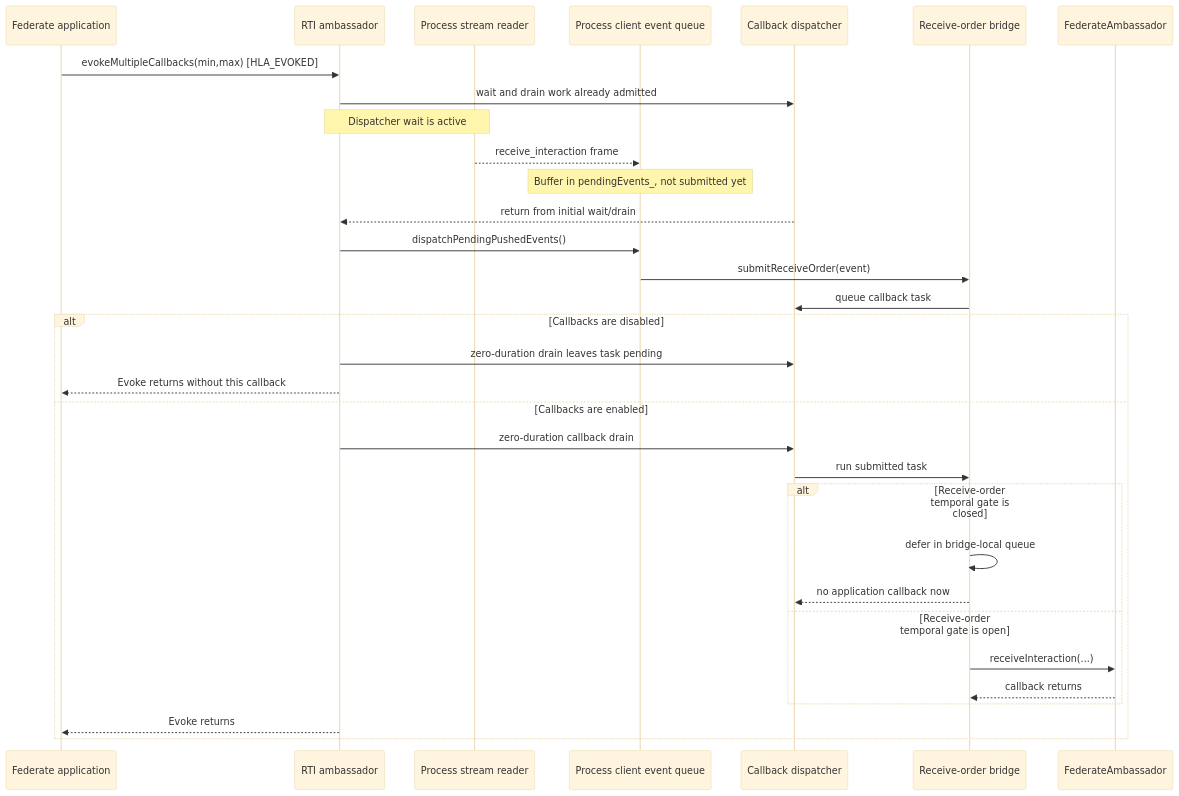
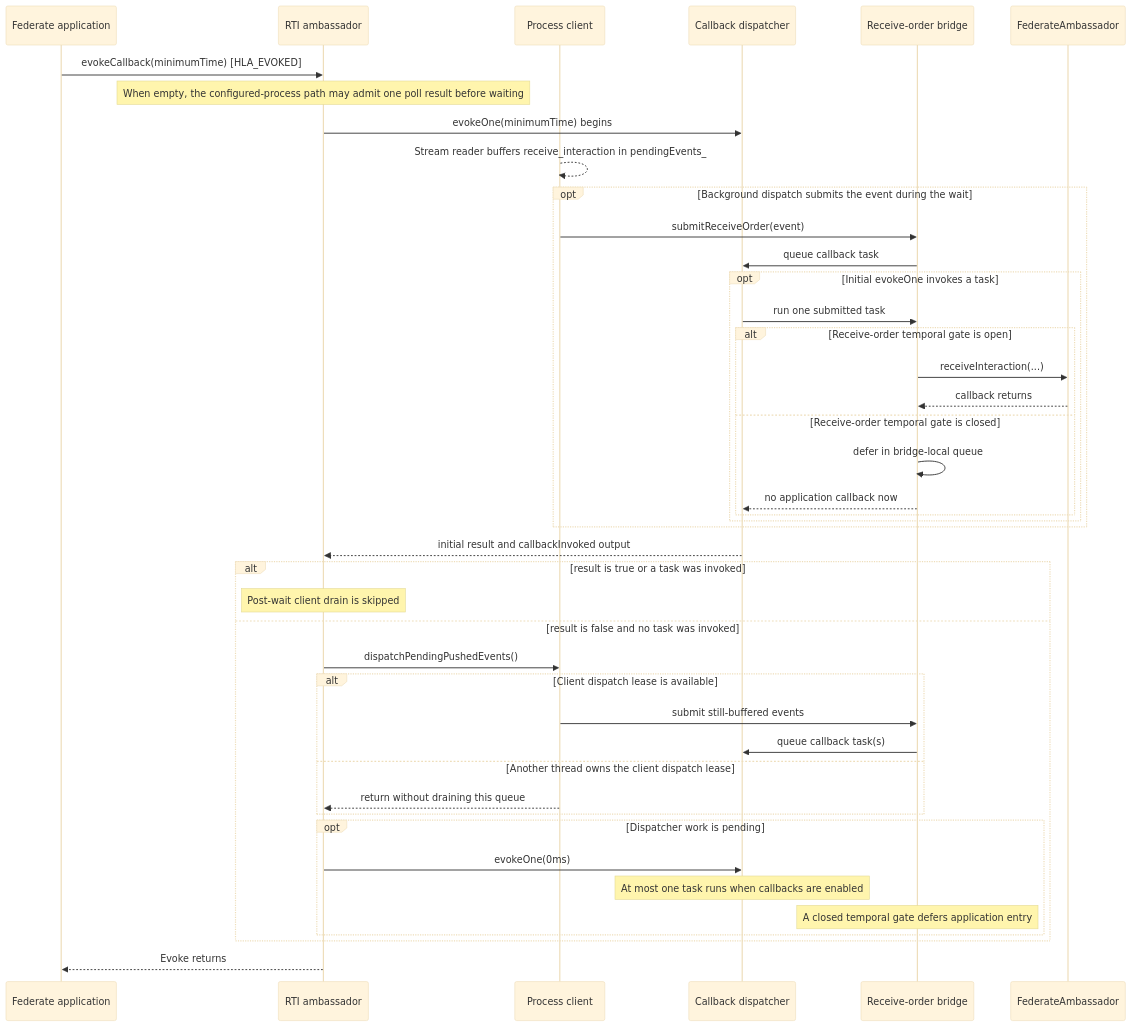
One commit to sheepfling/umbra changed the fifth of 26 diagrams in docs/design/HLA-2025-CALLBACK-AND-SERVICE-ORDERING-FLOW-GUIDE.md. Above: the diagram before and after it, drawn with Mermaid (base theme). The commit also changed other lines of this file and 36 other files, not shown here.

````diff
--- a/docs/design/HLA-2025-CALLBACK-AND-SERVICE-ORDERING-FLOW-GUIDE.md
+++ b/docs/design/HLA-2025-CALLBACK-AND-SERVICE-ORDERING-FLOW-GUIDE.md
@@ -301,35 +313,46 @@
 ```mermaid
 sequenceDiagram
   participant App as Federate application
   participant RTI as RTI ambassador
-  participant Reader as Process stream reader
-  participant Client as Process client event queue
+  participant Client as Process client
   participant Dispatcher as Callback dispatcher
   participant Bridge as Receive-order bridge
   participant FA as FederateAmbassador
 
-  App->>RTI: evokeMultipleCallbacks(min,max) [HLA_EVOKED]
-  RTI->>Dispatcher: wait and drain work already admitted
-  Note over RTI,Reader: Dispatcher wait is active
-  Reader-->>Client: receive_interaction frame
-  Note over Client: Buffer in pendingEvents_, not submitted yet
-  Dispatcher-->>RTI: return from initial wait/drain
-  RTI->>Client: dispatchPendingPushedEvents()
-  Client->>Bridge: submitReceiveOrder(event)
-  Bridge->>Dispatcher: queue callback task
-  alt Callbacks are disabled
-    RTI->>Dispatcher: zero-duration drain leaves task pending
-    RTI-->>App: Evoke returns without this callback
-  else Callbacks are enabled
-    RTI->>Dispatcher: zero-duration callback drain
-    Dispatcher->>Bridge: run submitted task
-    alt Receive-order temporal gate is closed
-      Bridge->>Bridge: defer in bridge-local queue
-      Bridge-->>Dispatcher: no application callback now
-    else Receive-order temporal gate is open
-      Bridge->>FA: receiveInteraction(...)
-      FA-->>Bridge: callback returns
+  App->>RTI: evokeCallback(minimumTime) [HLA_EVOKED]
+  Note over RTI: When empty, the configured-process path may admit one poll result before waiting
+  RTI->>Dispatcher: evokeOne(minimumTime) begins
+  Client-->>Client: Stream reader buffers receive_interaction in pendingEvents_
+  opt Background dispatch submits the event during the wait
+    Client->>Bridge: submitReceiveOrder(event)
+    Bridge->>Dispatcher: queue callback task
+    opt Initial evokeOne invokes a task
+      Dispatcher->>Bridge: run one submitted task
+      alt Receive-order temporal gate is open
+        Bridge->>FA: receiveInteraction(...)
+        FA-->>Bridge: callback returns
+      else Receive-order temporal gate is closed
+        Bridge->>Bridge: defer in bridge-local queue
+        Bridge-->>Dispatcher: no application callback now
+      end
     end
-    RTI-->>App: Evoke returns
   end
+  Dispatcher-->>RTI: initial result and callbackInvoked output
+  alt result is true or a task was invoked
+    Note over RTI: Post-wait client drain is skipped
+  else result is false and no task was invoked
+    RTI->>Client: dispatchPendingPushedEvents()
+    alt Client dispatch lease is available
+      Client->>Bridge: submit still-buffered events
+      Bridge->>Dispatcher: queue callback task(s)
+    else Another thread owns the client dispatch lease
+      Client-->>RTI: return without draining this queue
+    end
+    opt Dispatcher work is pending
+      RTI->>Dispatcher: evokeOne(0ms)
+      Note over Dispatcher: At most one task runs when callbacks are enabled
+      Note over Bridge: A closed temporal gate defers application entry
+    end
+  end
+  RTI-->>App: Evoke returns
 ```
````
